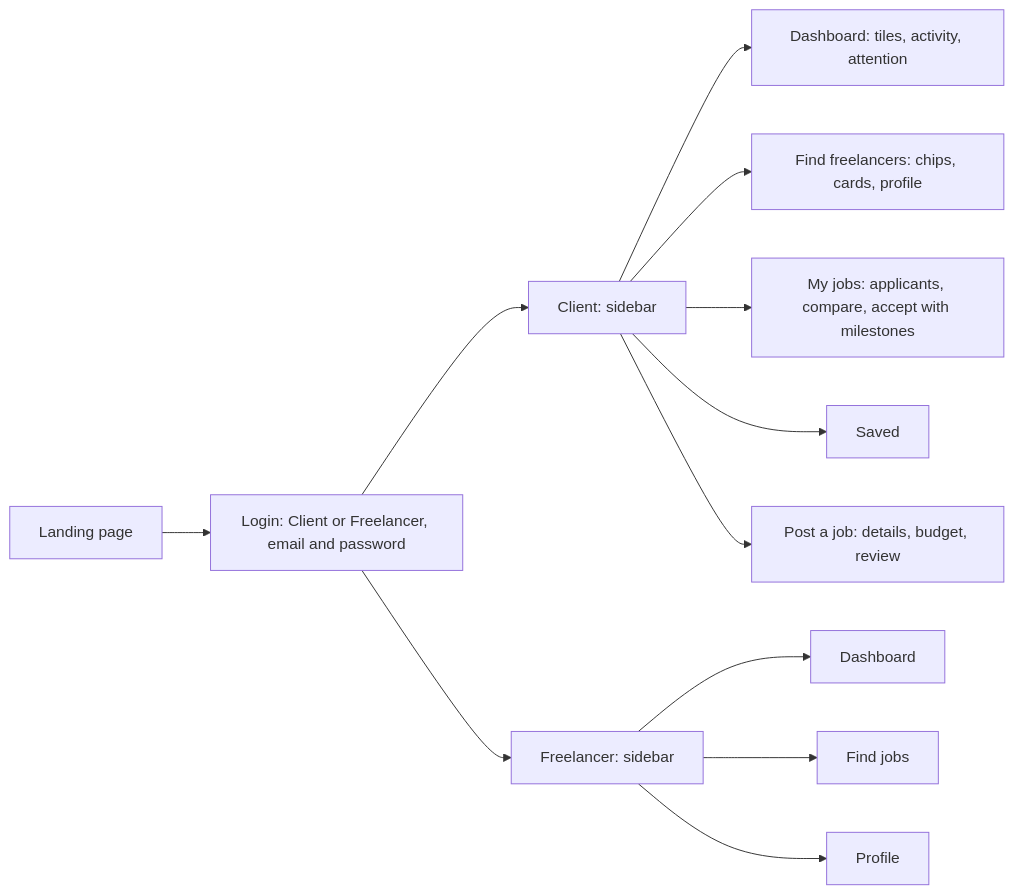
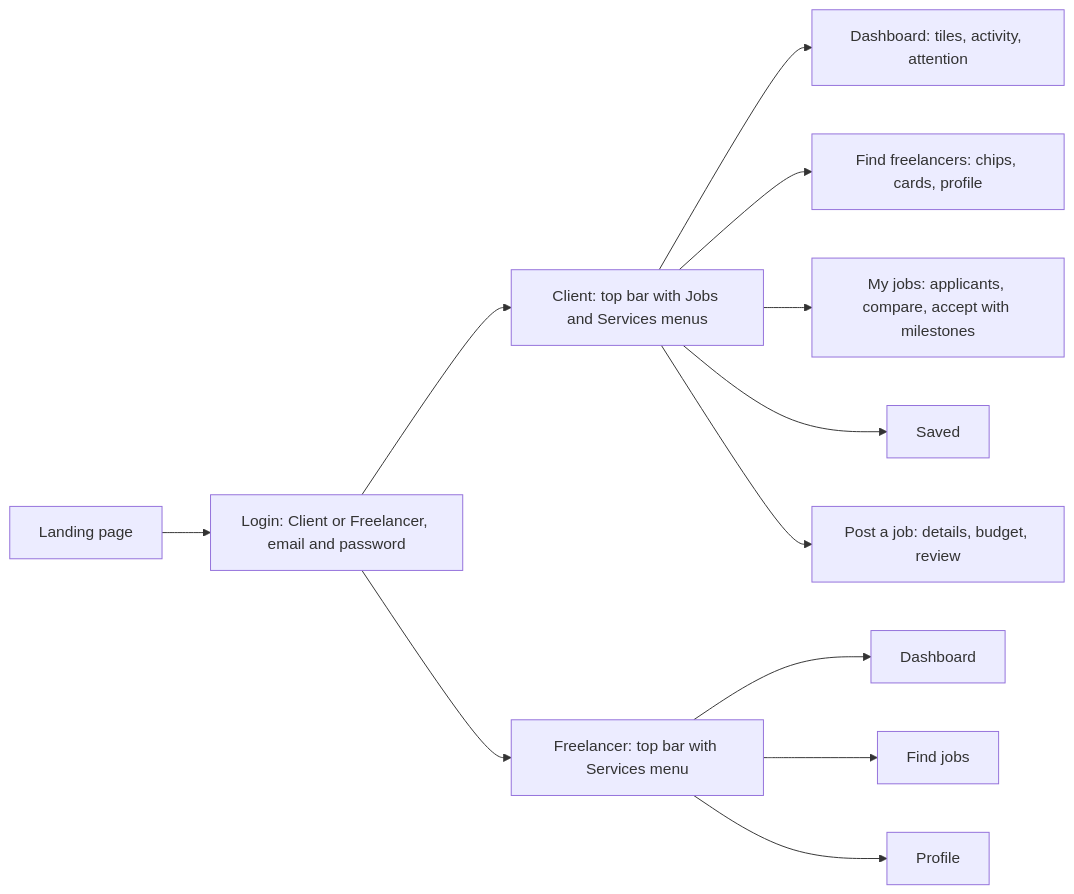
The ninth of 9 diagrams in flow.md (Krishnass05/fynd), drawn with Mermaid before and after one commit. The commit also changed 7 other files, not shown here.

First line of the commit message:
Replace the sidebar with a top bar and Jobs and Services drop-down menus

````diff
--- a/flow.md
+++ b/flow.md
@@ -151,14 +151,14 @@
 ```mermaid
 flowchart LR
   L[Landing page] --> G[Login: Client or Freelancer, email and password]
-  G --> C[Client: sidebar]
-  G --> F[Freelancer: sidebar]
+  G --> C[Client: top bar with Jobs and Services menus]
+  G --> F[Freelancer: top bar with Services menu]
   C --> C1[Dashboard: tiles, activity, attention]
   C --> C2[Find freelancers: chips, cards, profile]
   C --> C3[My jobs: applicants, compare, accept with milestones]
   C --> C4[Saved]
   C --> C5[Post a job: details, budget, review]
   F --> F1[Dashboard]
   F --> F2[Find jobs]
   F --> F3[Profile]
 ```
````
